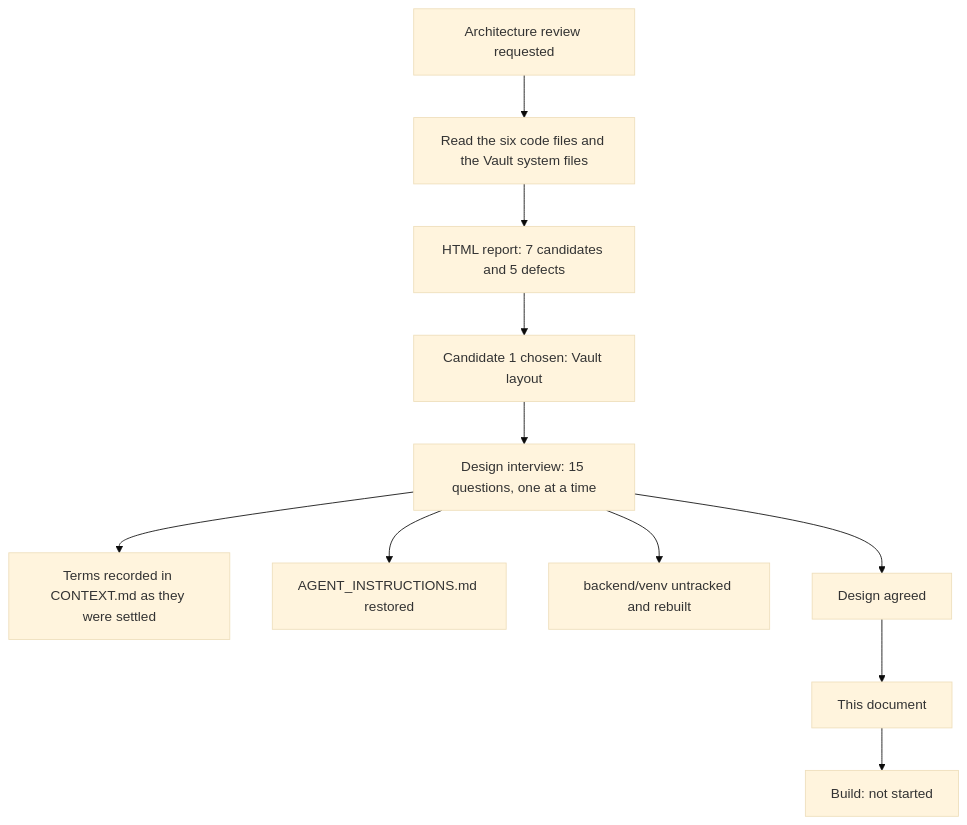
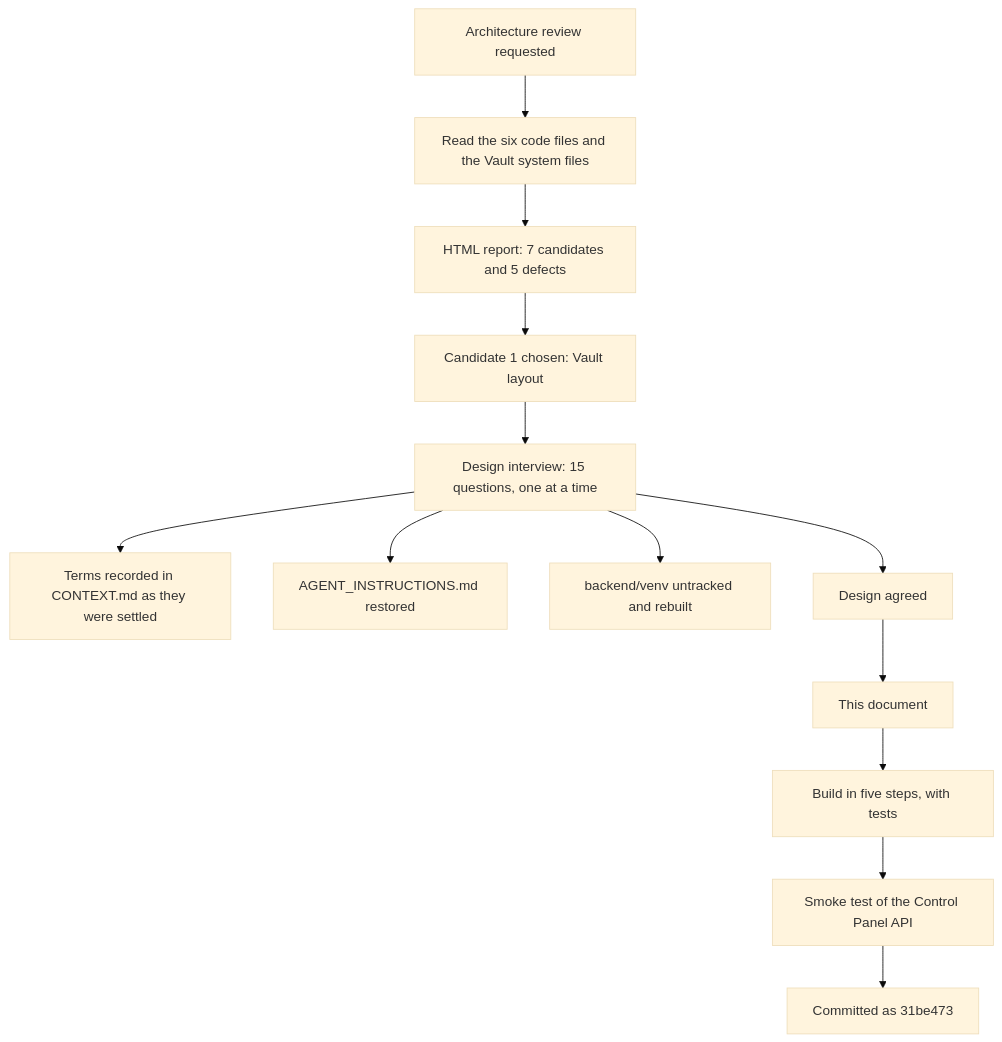
One commit to gmifsud/gd-obsidian-agentic-vault changed the diagram in docs/architecture-review-2026-11-14.md. Above: the diagram before and after it, drawn with Mermaid (base theme). The commit also changed other lines of this file and 11 other files, not shown here.

````diff
--- a/docs/architecture-review-2026-11-14.md
+++ b/docs/architecture-review-2026-11-14.md
@@ -23,13 +24,15 @@
 ```mermaid
 flowchart TD
   A[Architecture review requested] --> B[Read the six code files and the Vault system files]
   B --> C[HTML report: 7 candidates and 5 defects]
   C --> D[Candidate 1 chosen: Vault layout]
   D --> E[Design interview: 15 questions, one at a time]
   E --> F[Terms recorded in CONTEXT.md as they were settled]
   E --> G[AGENT_INSTRUCTIONS.md restored]
   E --> H[backend/venv untracked and rebuilt]
   E --> I[Design agreed]
   I --> J[This document]
-  J --> K[Build: not started]
+  J --> K[Build in five steps, with tests]
+  K --> L[Smoke test of the Control Panel API]
+  L --> M[Committed as 31be473]
 ```
````
